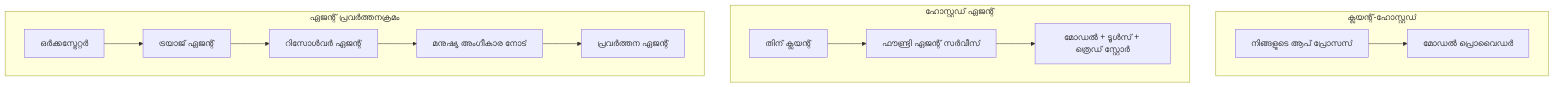
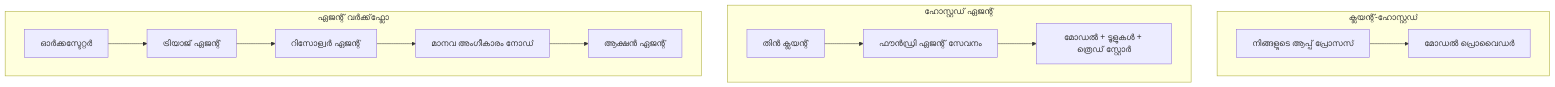
Before and after one commit to gabrielmoreira/agent-skills-mirror: the first of 4 diagrams in mirrors/repos/microsoft@ai-agents-for-beginners/translations/ml/16-deploying-scalable-agents/README.md, drawn with Mermaid. The commit also changed other lines of this file and 3581 other files, not shown here.

````diff
--- a/mirrors/repos/microsoft@ai-agents-for-beginners/translations/ml/16-deploying-scalable-agents/README.md
+++ b/mirrors/repos/microsoft@ai-agents-for-beginners/translations/ml/16-deploying-scalable-agents/README.md
@@ -87,16 +87,16 @@
 ```mermaid
 flowchart TB
     subgraph P1[ക്ലയന്റ്-ഹോസ്റ്റഡ്]
-        A1[നിങ്ങളുടെ ആപ് പ്രോസസ്] --> M1[മോഡൽ പ്രൊവൈഡർ]
+        A1[നിങ്ങളുടെ ആപ്പ് പ്രോസസ്] --> M1[മോഡൽ പ്രൊവൈഡർ]
     end
     subgraph P2[ഹോസ്റ്റഡ് ഏജന്റ്]
-        A2[തിന് ക്ലയന്റ്] --> F2[ഫൗണ്ട്രി ഏജന്റ് സർവീസ്]
-        F2 --> M2[മോഡൽ + ടൂൾസ് + ത്രെഡ് സ്റ്റോർ]
+        A2[തിൻ ക്ലയന്റ്] --> F2[ഫൗൻഡ്രി ഏജന്റ് സേവനം]
+        F2 --> M2[മോഡൽ + ടൂളുകൾ + ത്രെഡ് സ്റ്റോർ]
     end
-    subgraph P3[ഏജന്റ് പ്രവർത്തനക്രമം]
-        A3[ഒർക്കസ്ട്രേറ്റർ] --> S1[ട്രയാജ് ഏജന്റ്]
-        S1 --> S2[റിസോൾവർ ഏജന്റ്]
-        S2 --> H[മനുഷ്യ അംഗീകാര നോട്]
-        H --> S3[പ്രവർത്തന ഏജന്റ്]
+    subgraph P3[ഏജന്റ് വർക്ക്‌ഫ്ലോ]
+        A3[ഓർക്കസ്ടേറ്റർ] --> S1[ട്രിയാജ് ഏജന്റ്]
+        S1 --> S2[റിസോള്വർ ഏജന്റ്]
+        S2 --> H[മാനവ അംഗീകാരം നോഡ്]
+        H --> S3[ആക്ഷൻ ഏജന്റ്]
     end
 ```
````
